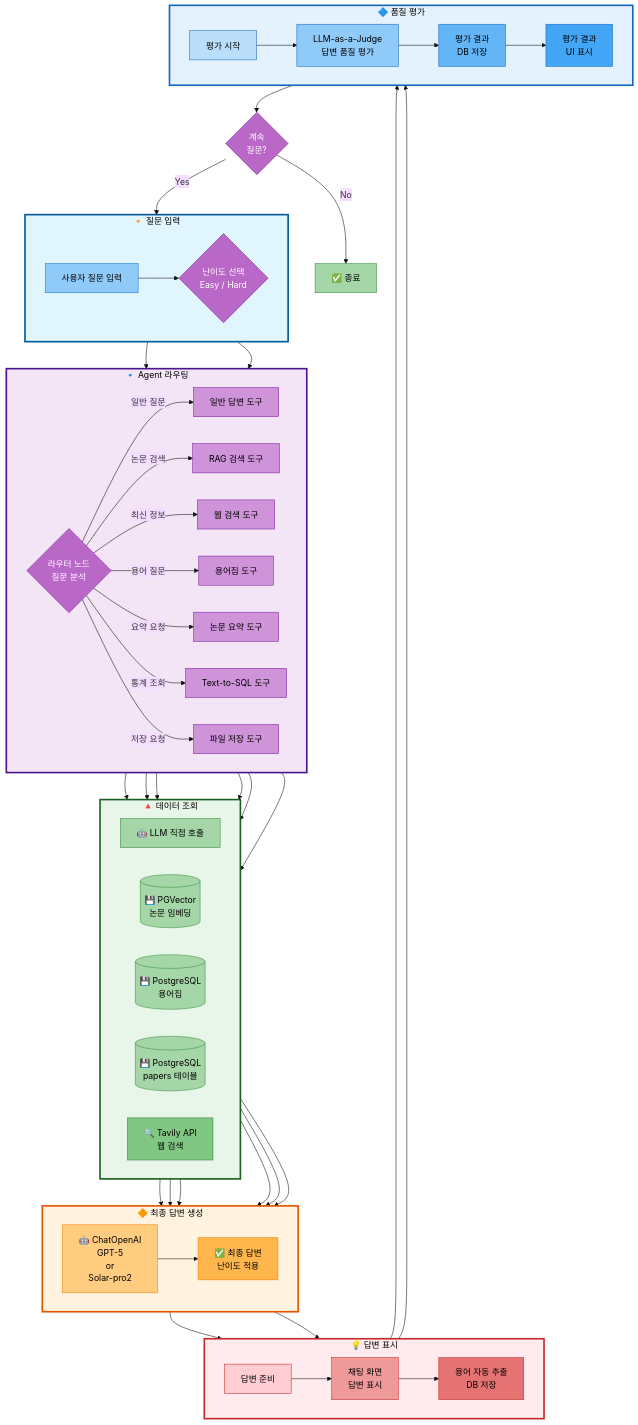
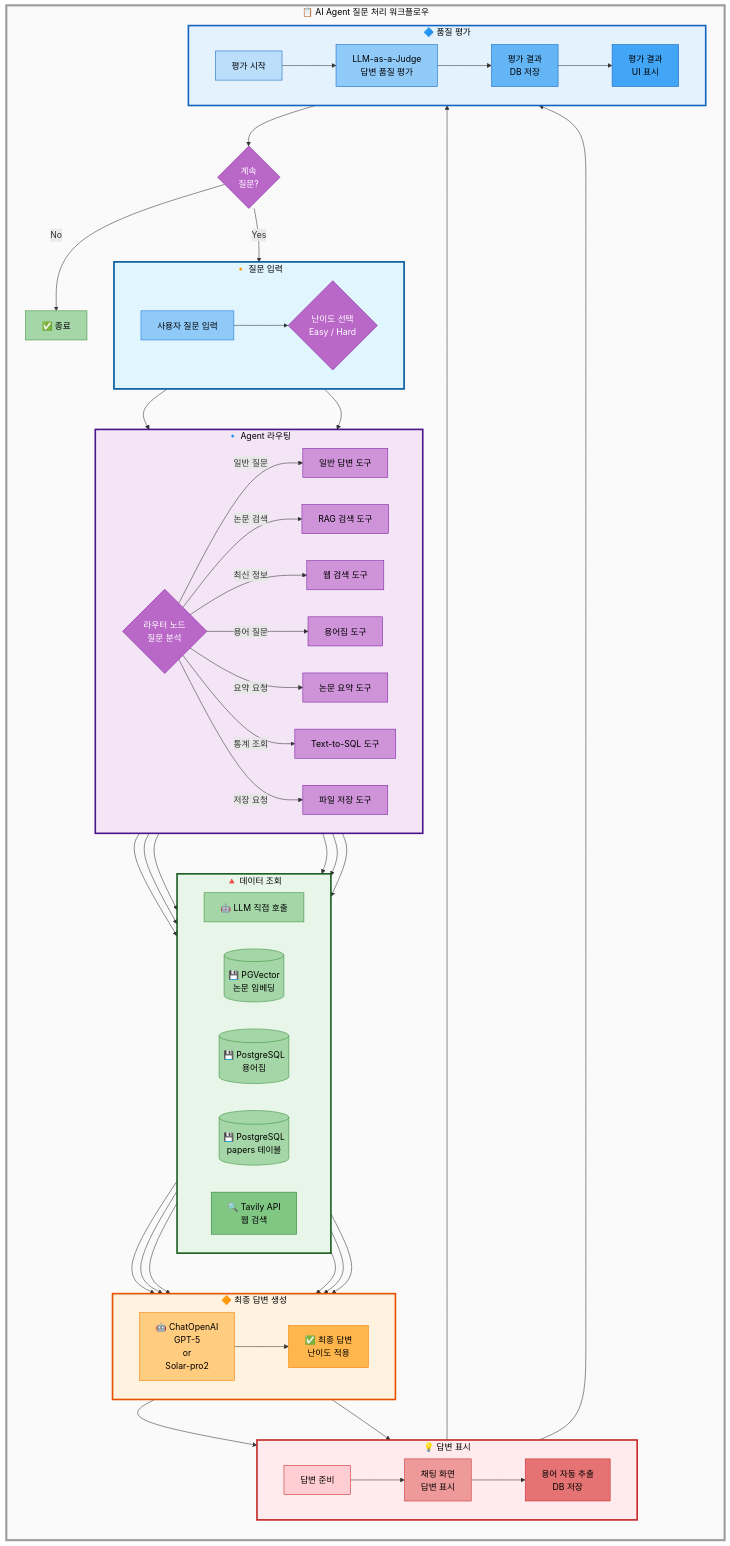
The second of 3 diagrams in docs/modularization/01_프로젝트_구조.md (AIBootcamp14/langchainproject-new-langchainproject_5), drawn with Mermaid before and after one commit.

Commit message:
docs: 사용자 질문 처리 흐름 다이어그램에 배경색 적용
- MainFlow subgraph로 전체 워크플로우 감싸기
- 배경색 #fafafa, 테두리 #9e9e9e 적용
- 다이어그램 제목 추가: 📋 AI Agent 질문 처리 워크플로우
- 전체 구조의 가독성과 시각적 구분 개선

````diff
--- a/docs/modularization/01_프로젝트_구조.md
+++ b/docs/modularization/01_프로젝트_구조.md
@@ -117,66 +117,72 @@
 ```mermaid
-%%{init: {'theme':'base', 'themeVariables': { 'mainBkg':'#fafafa', 'primaryBorderColor':'#666'}}}%%
 graph TB
-    subgraph Input["🔸 질문 입력"]
-        direction LR
-        User[사용자 질문 입력] --> Difficulty{난이도 선택<br/>Easy / Hard}
+    subgraph MainFlow["📋 AI Agent 질문 처리 워크플로우"]
+        direction TB
+
+        subgraph Input["🔸 질문 입력"]
+            direction LR
+            User[사용자 질문 입력] --> Difficulty{난이도 선택<br/>Easy / Hard}
+        end
+
+        subgraph AgentProcessing["🔹 Agent 라우팅"]
+            direction LR
+            Difficulty --> Router{라우터 노드<br/>질문 분석}
+            Router -->|일반 질문| GeneralTool[일반 답변 도구]
+            Router -->|논문 검색| RAGTool[RAG 검색 도구]
+            Router -->|최신 정보| WebTool[웹 검색 도구]
+            Router -->|용어 질문| GlossaryTool[용어집 도구]
+            Router -->|요약 요청| SummarizeTool[논문 요약 도구]
+            Router -->|통계 조회| Text2SQLTool[Text-to-SQL 도구]
+            Router -->|저장 요청| SaveTool[파일 저장 도구]
+        end
+
+        subgraph DataRetrieval["🔺 데이터 조회"]
+            direction LR
+            GeneralTool --> LLMDirect[🤖 LLM 직접 호출]
+            RAGTool --> VectorDB[(💾 PGVector<br/>논문 임베딩)]
+            GlossaryTool --> PostgreSQL[(💾 PostgreSQL<br/>용어집)]
+            Text2SQLTool --> PostgreSQL2[(💾 PostgreSQL<br/>papers 테이블)]
+            WebTool --> TavilyAPI[🔍 Tavily API<br/>웹 검색]
+        end
+
+        subgraph ResponseGen["🔶 최종 답변 생성"]
+            direction LR
+            LLMDirect --> LLM["🤖 ChatOpenAI<br>GPT-5<br>or<br>Solar-pro2"]
+            VectorDB --> LLM
+            PostgreSQL --> LLM
+            PostgreSQL2 --> LLM
+            TavilyAPI --> LLM
+            LLM --> Answer[✅ 최종 답변<br/>난이도 적용]
+        end
+
+        subgraph Display["💡 답변 표시"]
+            direction LR
+            DispStart[답변 준비] --> ShowAnswer[채팅 화면<br/>답변 표시]
+            ShowAnswer --> SaveTerms[용어 자동 추출<br/>DB 저장]
+        end
+
+        subgraph Evaluation["🔷 품질 평가"]
+            direction LR
+            EvalStart[평가 시작] --> EvalAnswer[LLM-as-a-Judge<br/>답변 품질 평가]
+            EvalAnswer --> SaveEval[평가 결과<br/>DB 저장]
+            SaveEval --> ShowEval[평가 결과<br/>UI 표시]
+        end
+
+        %% 단계 간 연결
+        Input --> AgentProcessing
+        AgentProcessing --> DataRetrieval
+        DataRetrieval --> ResponseGen
+        ResponseGen --> Display
+        Answer --> DispStart
+        Display --> Evaluation
+        SaveTerms --> EvalStart
+        ShowEval --> Continue{계속<br/>질문?}
+        Continue -->|Yes| Input
+        Continue -->|No| End[✅ 종료]
     end
 
-    subgraph AgentProcessing["🔹 Agent 라우팅"]
-        direction LR
-        Difficulty --> Router{라우터 노드<br/>질문 분석}
-        Router -->|일반 질문| GeneralTool[일반 답변 도구]
-        Router -->|논문 검색| RAGTool[RAG 검색 도구]
-        Router -->|최신 정보| WebTool[웹 검색 도구]
-        Router -->|용어 질문| GlossaryTool[용어집 도구]
-        Router -->|요약 요청| SummarizeTool[논문 요약 도구]
-        Router -->|통계 조회| Text2SQLTool[Text-to-SQL 도구]
-        Router -->|저장 요청| SaveTool[파일 저장 도구]
-    end
-
-    subgraph DataRetrieval["🔺 데이터 조회"]
-        direction LR
-        GeneralTool --> LLMDirect[🤖 LLM 직접 호출]
-        RAGTool --> VectorDB[(💾 PGVector<br/>논문 임베딩)]
-        GlossaryTool --> PostgreSQL[(💾 PostgreSQL<br/>용어집)]
-        Text2SQLTool --> PostgreSQL2[(💾 PostgreSQL<br/>papers 테이블)]
-        WebTool --> TavilyAPI[🔍 Tavily API<br/>웹 검색]
-    end
-
-    subgraph ResponseGen["🔶 최종 답변 생성"]
-        direction LR
-        LLMDirect --> LLM["🤖 ChatOpenAI<br>GPT-5<br>or<br>Solar-pro2"]
-        VectorDB --> LLM
-        PostgreSQL --> LLM
-        PostgreSQL2 --> LLM
-        TavilyAPI --> LLM
-        LLM --> Answer[✅ 최종 답변<br/>난이도 적용]
-    end
-
-    subgraph Display["💡 답변 표시"]
-        direction LR
-        DispStart[답변 준비] --> ShowAnswer[채팅 화면<br/>답변 표시]
-        ShowAnswer --> SaveTerms[용어 자동 추출<br/>DB 저장]
-    end
-
-    subgraph Evaluation["🔷 품질 평가"]
-        direction LR
-        EvalStart[평가 시작] --> EvalAnswer[LLM-as-a-Judge<br/>답변 품질 평가]
-        EvalAnswer --> SaveEval[평가 결과<br/>DB 저장]
-        SaveEval --> ShowEval[평가 결과<br/>UI 표시]
-    end
-
-    %% 단계 간 연결
-    Input --> AgentProcessing
-    AgentProcessing --> DataRetrieval
-    DataRetrieval --> ResponseGen
-    ResponseGen --> Display
-    Answer --> DispStart
-    Display --> Evaluation
-    SaveTerms --> EvalStart
-    ShowEval --> Continue{계속<br/>질문?}
-    Continue -->|Yes| Input
-    Continue -->|No| End[✅ 종료]
+    %% 메인 워크플로우 배경
+    style MainFlow fill:#fafafa,stroke:#9e9e9e,stroke-width:4px,color:#000
 
     %% Subgraph 스타일
     style Input fill:#e1f5ff,stroke:#01579b,stroke-width:3px,color:#000
````
